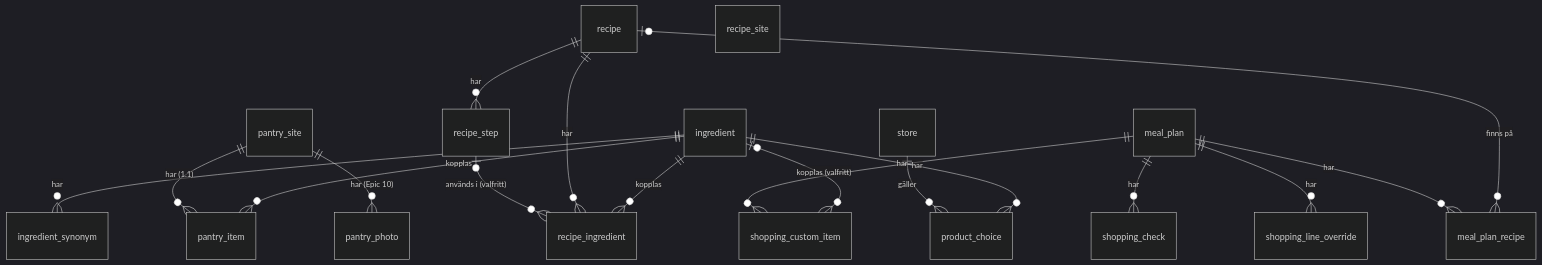
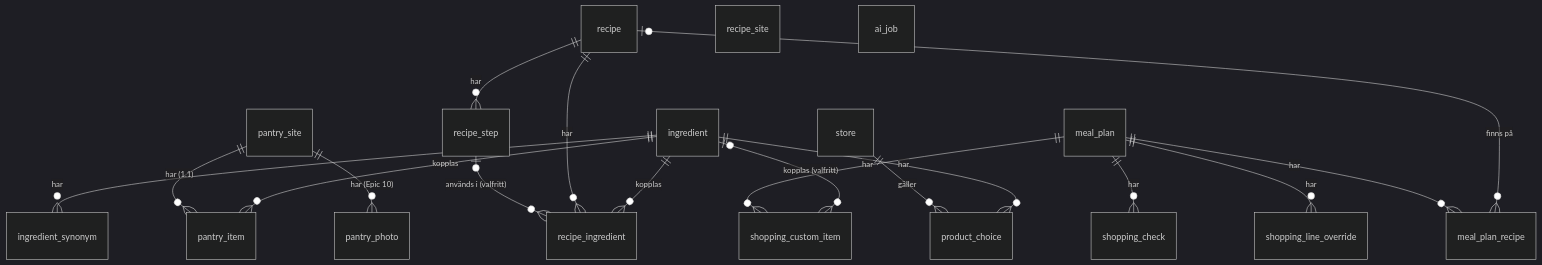
The second of 3 diagrams in _bmad-output/planning-artifacts/architecture/architecture-Matkoll-2026-10-25/ARCHITECTURE-SPINE.md (Snowstar66/matkoll), drawn with Mermaid (dark theme) before and after one commit. The commit also changed other lines of this file and 18 other files, not shown here.

````diff
--- a/_bmad-output/planning-artifacts/architecture/architecture-Matkoll-2026-10-25/ARCHITECTURE-SPINE.md
+++ b/_bmad-output/planning-artifacts/architecture/architecture-Matkoll-2026-10-25/ARCHITECTURE-SPINE.md
@@ -461,20 +525,21 @@
 ```mermaid
 erDiagram
   ingredient ||--o{ ingredient_synonym : "har"
   ingredient ||--o{ recipe_ingredient : "kopplas"
   ingredient ||--o{ pantry_item : "kopplas"
   pantry_site ||--o{ pantry_item : "har (1.1)"
   pantry_site ||--o{ pantry_photo : "har (Epic 10)"
   ingredient |o--o{ shopping_custom_item : "kopplas (valfritt)"
   ingredient ||--o{ product_choice : "har"
   recipe ||--o{ recipe_step : "har"
   recipe ||--o{ recipe_ingredient : "har"
   recipe_step |o--o{ recipe_ingredient : "används i (valfritt)"
   recipe |o--o{ meal_plan_recipe : "finns på"
   meal_plan ||--o{ meal_plan_recipe : "har"
   meal_plan ||--o{ shopping_check : "har"
   meal_plan ||--o{ shopping_line_override : "har"
   meal_plan ||--o{ shopping_custom_item : "har"
   store ||--o{ product_choice : "gäller"
   recipe_site
+  ai_job
 ```
````
